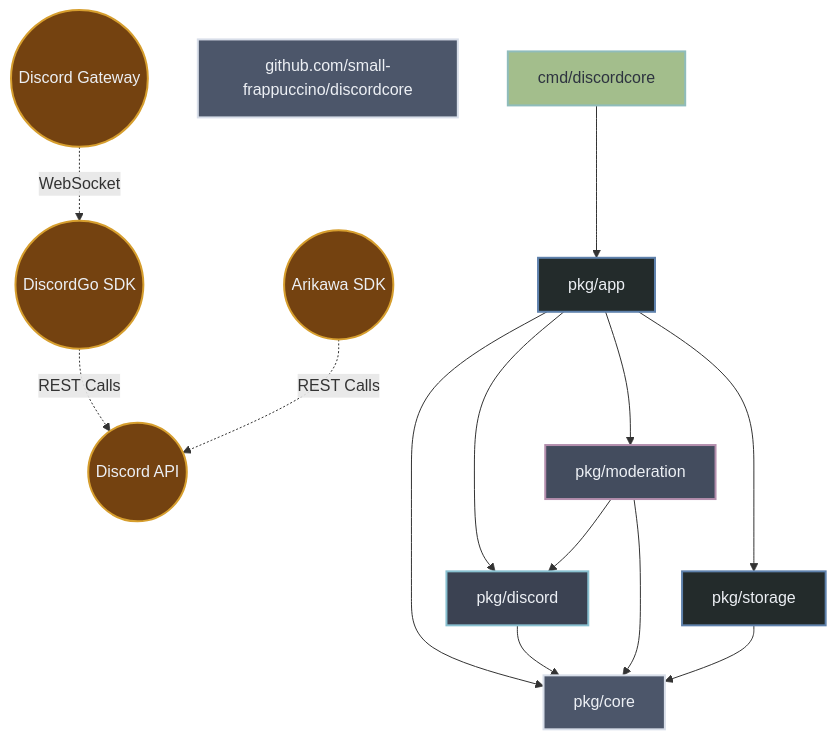
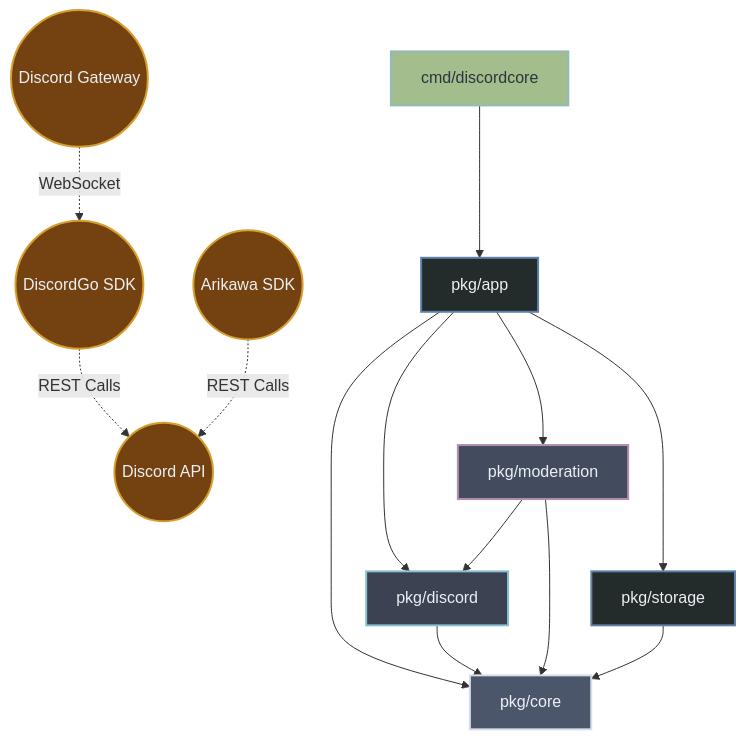
One commit to small-frappuccino/discordcore changed the diagram in ARCHITECTURE.md. Above: the diagram before and after it, drawn with Mermaid. The commit also changed 17 other files, not shown here.

````diff
--- a/ARCHITECTURE.md
+++ b/ARCHITECTURE.md
@@ -7,50 +7,49 @@
 ```mermaid
 flowchart TD
     %% External APIs & Gateways (Top Level)
     DiscordGateway((Discord Gateway))
     DiscordAPI((Discord API))
 
     %% SDKs
     DiscordGo(("DiscordGo SDK"))
     Arikawa(("Arikawa SDK"))
 
     %% Nodes
-    Github.comSmall-frappuccinoDiscordcore["github.com/small-frappuccino/discordcore"]
     CmdDiscordcore["cmd/discordcore"]
     App["pkg/app"]
     Core["pkg/core"]
     Discord["pkg/discord"]
     Moderation["pkg/moderation"]
     Storage["pkg/storage"]
 
     %% SDK & API Flow
     DiscordGateway -. WebSocket .-> DiscordGo
     DiscordGo -. REST Calls .-> DiscordAPI
     Arikawa -. REST Calls .-> DiscordAPI
 
     %% Auto-generated internal dependencies
     App --> Core
     App --> Discord
     App --> Moderation
     App --> Storage
     CmdDiscordcore --> App
     Discord --> Core
     Moderation --> Core
     Moderation --> Discord
     Storage --> Core
 
     %% Styling
     classDef core fill:#232B2B,stroke:#5E81AC,stroke-width:2px,color:#ECEFF4;
     classDef adapter fill:#3B4252,stroke:#88C0D0,stroke-width:2px,color:#ECEFF4;
     classDef feature fill:#434C5E,stroke:#B48EAD,stroke-width:2px,color:#ECEFF4;
     classDef infra fill:#4C566A,stroke:#D8DEE9,stroke-width:2px,color:#ECEFF4;
     classDef external fill:#744210,stroke:#D69E2E,stroke-width:2px,color:#ECEFF4,shape:circle;
     classDef ui fill:#A3BE8C,stroke:#8FBCBB,stroke-width:2px,color:#2E3440;
 
     class App,Storage core;
     class Discord adapter;
     class Moderation feature;
-    class Github.comSmall-frappuccinoDiscordcore,Core infra;
+    class Core infra;
     class DiscordGo,Arikawa,DiscordAPI,DiscordGateway external;
     class CmdDiscordcore ui;
 ```
````
